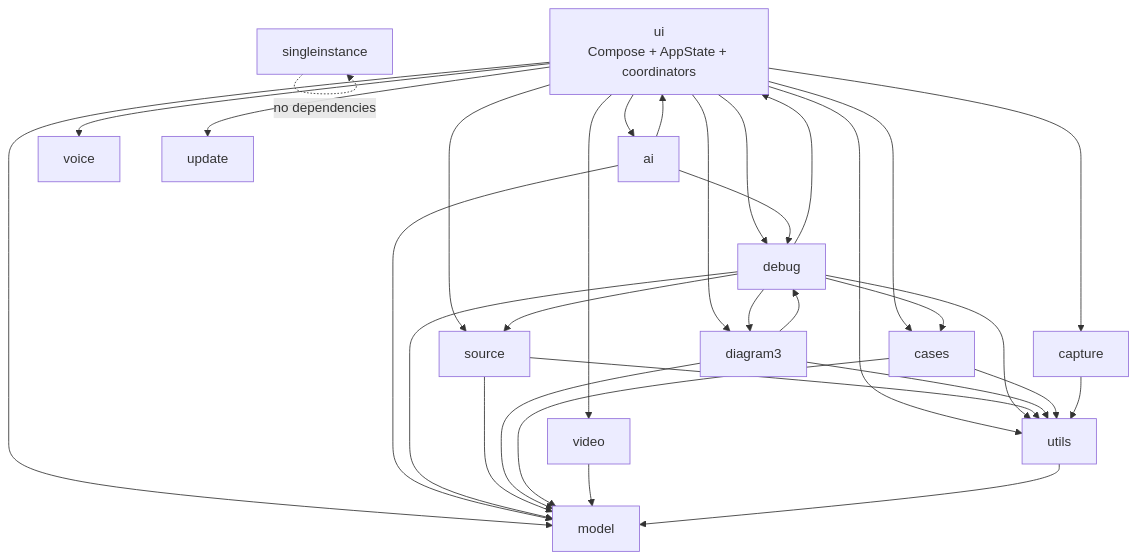
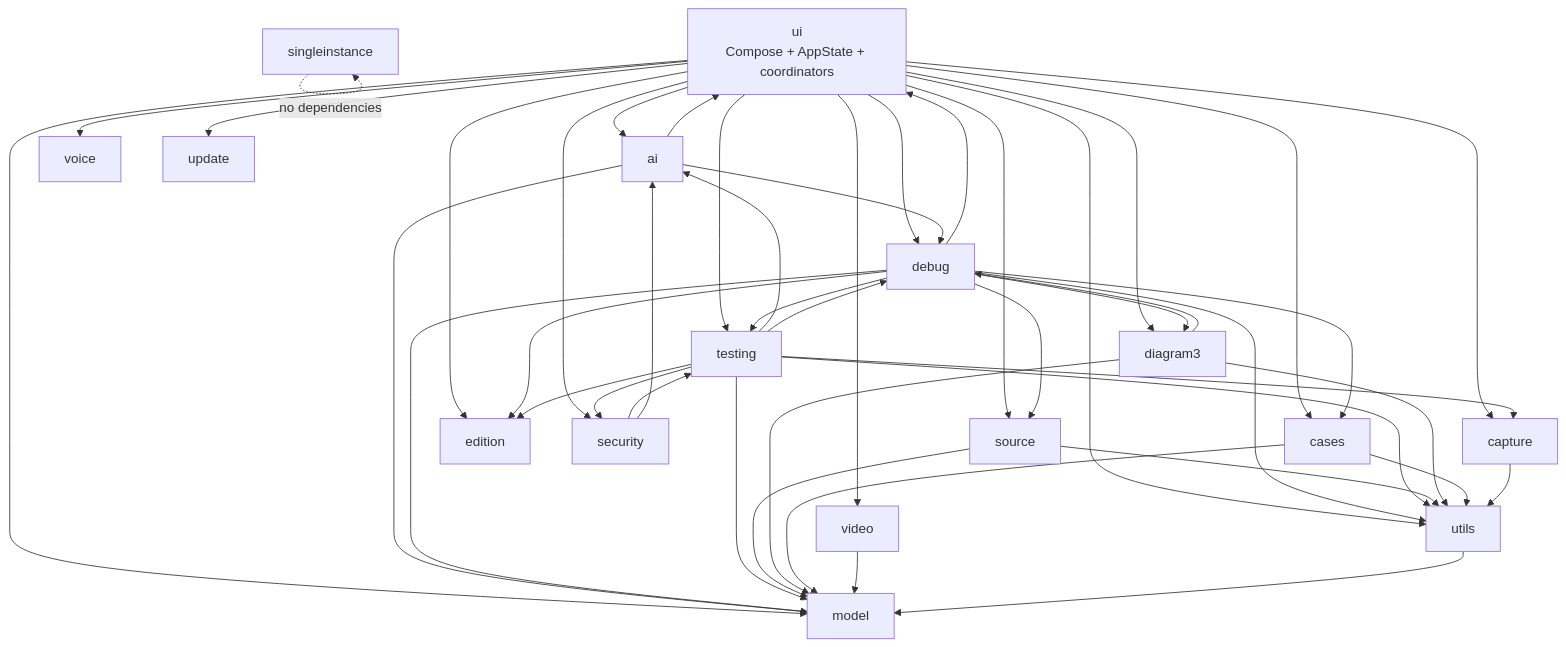
One commit to indagium/indagium changed the third of 16 diagrams in docs/SAAD.md. Above: the diagram before and after it, drawn with Mermaid. The commit also changed other lines of this file and 6 other files, not shown here.

````diff
--- a/docs/SAAD.md
+++ b/docs/SAAD.md
@@ -510,52 +539,70 @@
 ```mermaid
 flowchart TB
     ui["ui<br/>Compose + AppState + coordinators"]
     ai["ai"]
     debug["debug"]
     source["source"]
     diagram3["diagram3"]
     cases["cases"]
     utils["utils"]
     model["model"]
     video["video"]
     voice["voice"]
     update["update"]
     single["singleinstance"]
     capture["capture"]
+    testing["testing"]
+    edition["edition"]
+    security["security"]
 
     ui --> ai
     ui --> debug
     ui --> source
     ui --> diagram3
     ui --> cases
     ui --> utils
     ui --> model
     ui --> video
     ui --> voice
     ui --> update
     ui --> capture
+    ui --> testing
+    ui --> edition
+    ui --> security
 
     ai --> debug
     ai --> ui
     ai --> model
 
     debug --> ui
     debug --> utils
     debug --> model
     debug --> cases
     debug --> source
     debug --> diagram3
+    debug --> testing
+    debug --> edition
+
+    testing --> ai
+    testing --> debug
+    testing --> capture
+    testing --> utils
+    testing --> model
+    testing --> edition
+    testing --> security
+    security --> testing
+    security --> ai
 
     source --> utils
     source --> model
     diagram3 --> utils
     diagram3 --> model
     diagram3 --> debug
     cases --> utils
     cases --> model
     video --> model
     capture --> utils
     utils --> model
 
     single -.->|"no dependencies"| single
 ```
````
